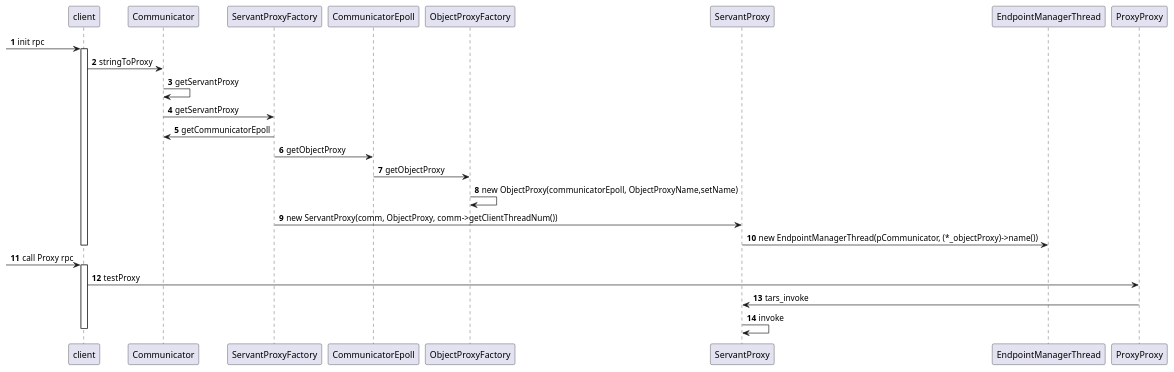
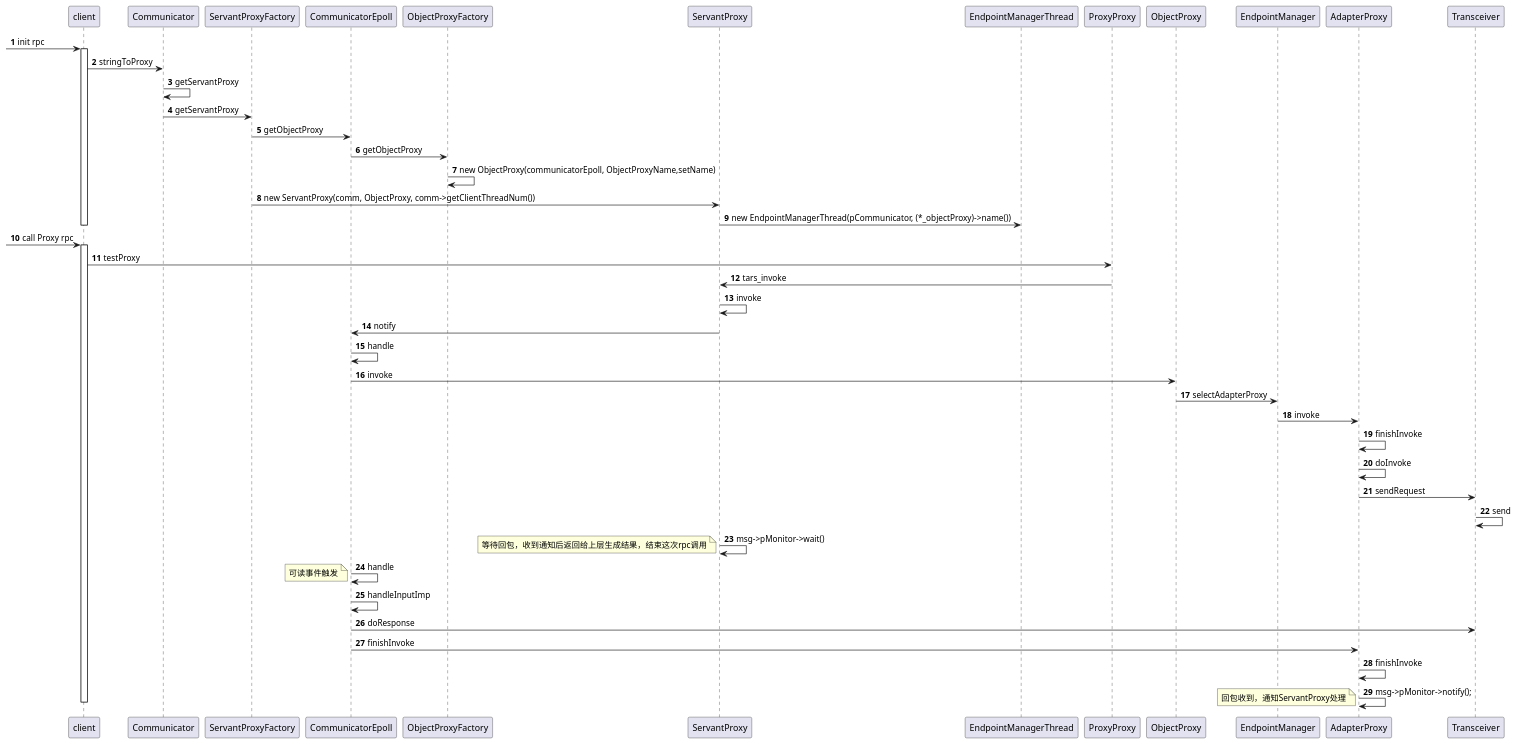
Before and after one commit to as-xjc/tars_analysis: the diagram in uml/client_call.puml, drawn with PlantUML.

```diff
--- a/uml/client_call.puml
+++ b/uml/client_call.puml
@@ -1,24 +1,42 @@
 @startuml
 autonumber
 
 [-> client: init rpc
 activate client
 client -> Communicator:stringToProxy
 Communicator -> Communicator:getServantProxy
 Communicator -> ServantProxyFactory:getServantProxy
-ServantProxyFactory -> Communicator:getCommunicatorEpoll
 ServantProxyFactory -> CommunicatorEpoll:getObjectProxy
 CommunicatorEpoll -> ObjectProxyFactory:getObjectProxy
 ObjectProxyFactory -> ObjectProxyFactory:new ObjectProxy(communicatorEpoll, ObjectProxyName,setName)
 ServantProxyFactory -> ServantProxy:new ServantProxy(comm, ObjectProxy, comm->getClientThreadNum())
 ServantProxy -> EndpointManagerThread:new EndpointManagerThread(pCommunicator, (*_objectProxy)->name())
 deactivate client
 
 [-> client:call Proxy rpc
 activate client
 client -> ProxyProxy:testProxy
 ProxyProxy -> ServantProxy:tars_invoke
 ServantProxy -> ServantProxy:invoke
+ServantProxy -> CommunicatorEpoll:notify
+CommunicatorEpoll -> CommunicatorEpoll:handle
+CommunicatorEpoll -> ObjectProxy:invoke
+ObjectProxy -> EndpointManager:selectAdapterProxy
+EndpointManager -> AdapterProxy:invoke
+AdapterProxy -> AdapterProxy:finishInvoke
+AdapterProxy -> AdapterProxy:doInvoke
+AdapterProxy -> Transceiver:sendRequest
+Transceiver -> Transceiver:send
+ServantProxy -> ServantProxy:msg->pMonitor->wait()
+note left:等待回包，收到通知后返回给上层生成结果，结束这次rpc调用
+CommunicatorEpoll -> CommunicatorEpoll:handle
+note left:可读事件触发
+CommunicatorEpoll -> CommunicatorEpoll:handleInputImp
+CommunicatorEpoll -> Transceiver:doResponse
+CommunicatorEpoll -> AdapterProxy:finishInvoke
+AdapterProxy -> AdapterProxy:finishInvoke
+AdapterProxy -> AdapterProxy:msg->pMonitor->notify();
+note left:回包收到，通知ServantProxy处理
 deactivate client
 
 @enduml
```
